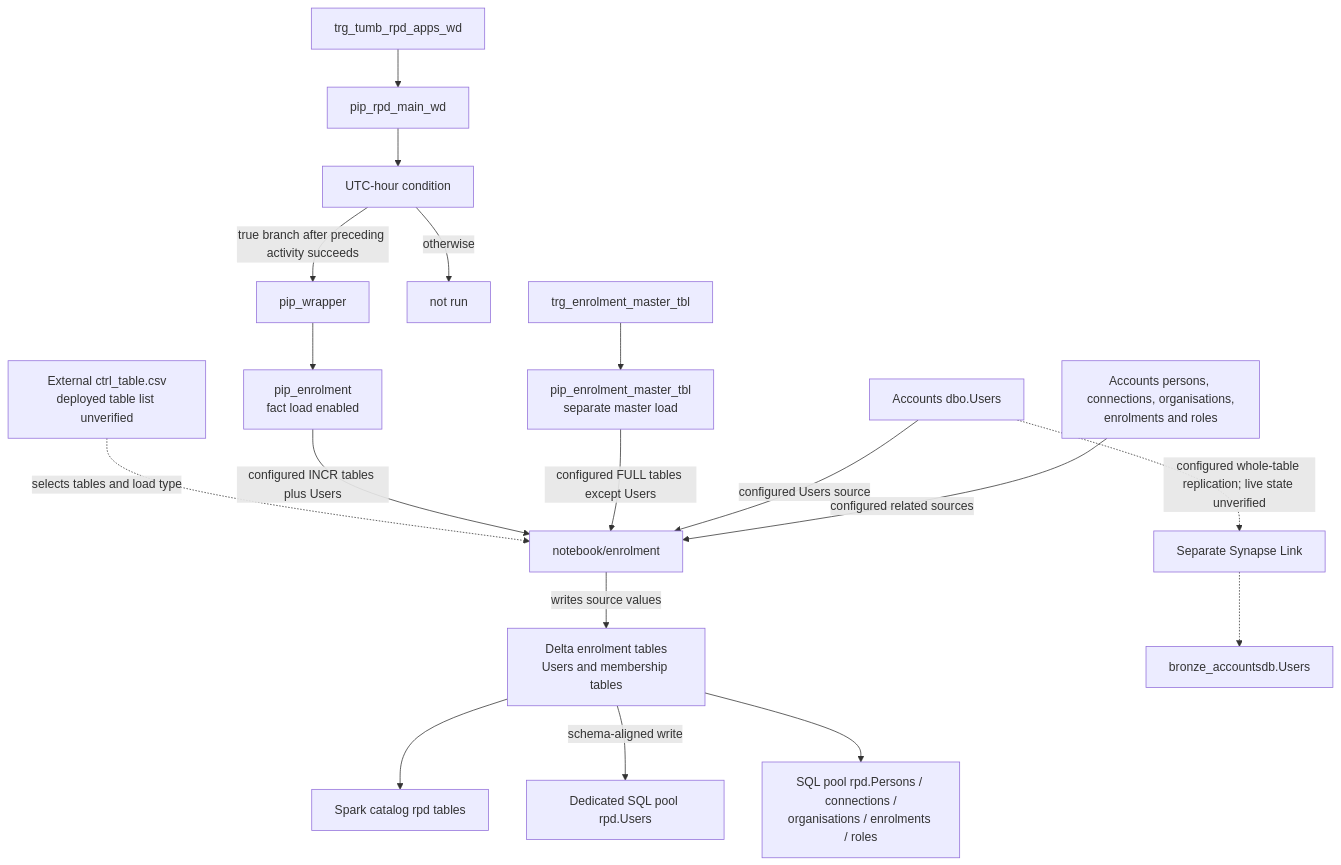
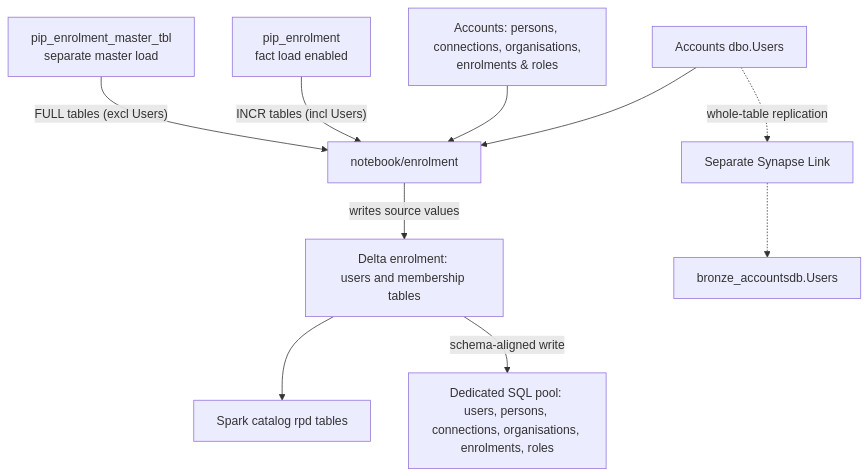
Before and after one commit to DEFRA/epr-data-sqldb: the second of 6 diagrams in docs/identity_provider_EntraID/rpd-users-userid-entra-migration.md, drawn with Mermaid. The commit also changed other lines of this file, not shown here.

Commit message:
simplifying charts

````diff
--- a/docs/identity_provider_EntraID/rpd-users-userid-entra-migration.md
+++ b/docs/identity_provider_EntraID/rpd-users-userid-entra-migration.md
@@ -34,21 +33,16 @@
 ```mermaid
 flowchart TB
-    Trigger["trg_tumb_rpd_apps_wd"] --> Main["pip_rpd_main_wd"]
-    Main --> HourGate["UTC-hour condition"]
-    HourGate -->|"true branch after preceding activity succeeds"| Wrapper["pip_wrapper"]
-    HourGate -->|"otherwise"| Skip["not run"]
-    Wrapper --> EnrolPipe["pip_enrolment\nfact load enabled"]
-    MasterTrigger["trg_enrolment_master_tbl"] --> MasterPipe["pip_enrolment_master_tbl\nseparate master load"]
-    Ctrl["External ctrl_table.csv\ndeployed table list unverified"] -. "selects tables and load type" .-> EnrolNotebook["notebook/enrolment"]
-    EnrolPipe -->|"configured INCR tables plus Users"| EnrolNotebook
-    MasterPipe -->|"configured FULL tables except Users"| EnrolNotebook
-    AccountsUsers["Accounts dbo.Users"] -->|"configured Users source"| EnrolNotebook
-    AccountsMembership["Accounts persons, connections, organisations,\nenrolments and roles"] -->|"configured related sources"| EnrolNotebook
-    EnrolNotebook -->|"writes source values"| Delta["Delta enrolment tables\nUsers and membership tables"]
+    EnrolPipe["pip_enrolment\nfact load enabled"]
+    MasterPipe["pip_enrolment_master_tbl\nseparate master load"]
+    EnrolNotebook["notebook/enrolment"]
+    MasterPipe -->|"FULL tables (excl Users)"| EnrolNotebook
+    EnrolPipe -->|"INCR tables (incl Users)"| EnrolNotebook
+    AccountsMembership["Accounts: persons, connections, organisations,\nenrolments & roles"] -->EnrolNotebook
+    AccountsUsers["Accounts dbo.Users"] --> EnrolNotebook
+    EnrolNotebook -->|"writes source values"| Delta["Delta enrolment: \nusers and membership tables"]
     Delta --> Spark["Spark catalog rpd tables"]
-    Delta -->|"schema-aligned write"| PoolUser["Dedicated SQL pool rpd.Users"]
-    Delta --> PoolMembership["SQL pool rpd.Persons / connections /\norganisations / enrolments / roles"]
+    Delta -->|"schema-aligned write"| PoolUser["Dedicated SQL pool: \nusers, persons, connections, organisations, enrolments, roles"]
 
-    AccountsUsers -. "configured whole-table replication; live state unverified" .-> Link["Separate Synapse Link"]
+    AccountsUsers -. "whole-table replication" .-> Link["Separate Synapse Link"]
     Link -.-> Bronze["bronze_accountsdb.Users"]
 ```
````
